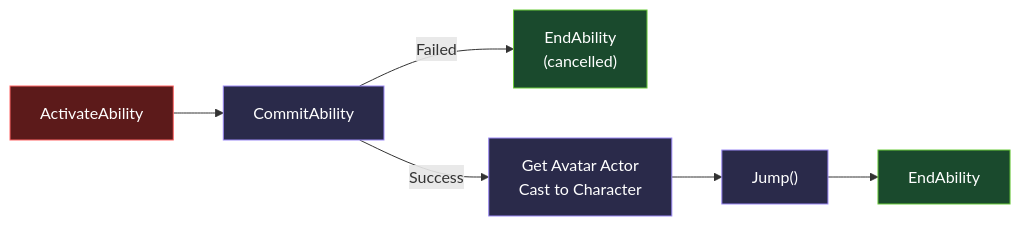
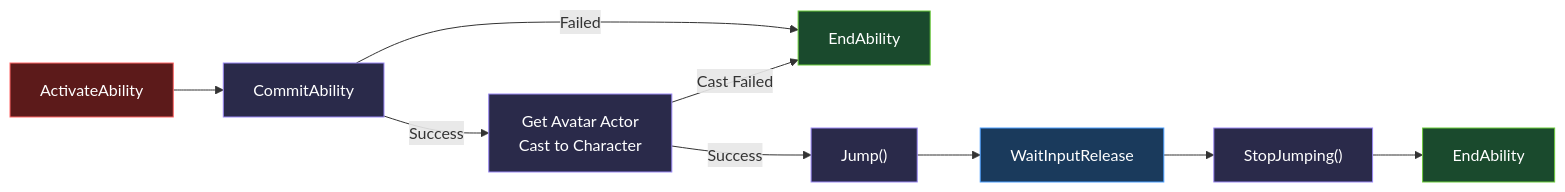
The diagram in docs/getting-started/your-first-ability.md (dreulavelle/gas-docs), drawn with Mermaid before and after one commit. The commit also changed other lines of this file and 3 other files, not shown here.

````diff
--- a/docs/getting-started/your-first-ability.md
+++ b/docs/getting-started/your-first-ability.md
@@ -99,12 +103,16 @@
     ```mermaid
     flowchart LR
         A["ActivateAbility"]:::event --> B["CommitAbility"]:::func
-        B -->|Failed| C["EndAbility\n(cancelled)"]:::endpoint
+        B -->|Failed| C["EndAbility"]:::endpoint
         B -->|Success| D["Get Avatar Actor\nCast to Character"]:::func
-        D --> E["Jump()"]:::func
-        E --> F["EndAbility"]:::endpoint
+        D -->|Cast Failed| C
+        D -->|Success| E["Jump()"]:::func
+        E --> F["WaitInputRelease"]:::task
+        F --> G["StopJumping()"]:::func
+        G --> H["EndAbility"]:::endpoint
 
         classDef event fill:#5c1a1a,stroke:#ff6666,color:#fff
         classDef func fill:#2a2a4a,stroke:#9b89f5,color:#fff
+        classDef task fill:#1a3a5c,stroke:#4a9eff,color:#fff
         classDef endpoint fill:#1a4a2d,stroke:#6bcb3a,color:#fff
     ```
````
